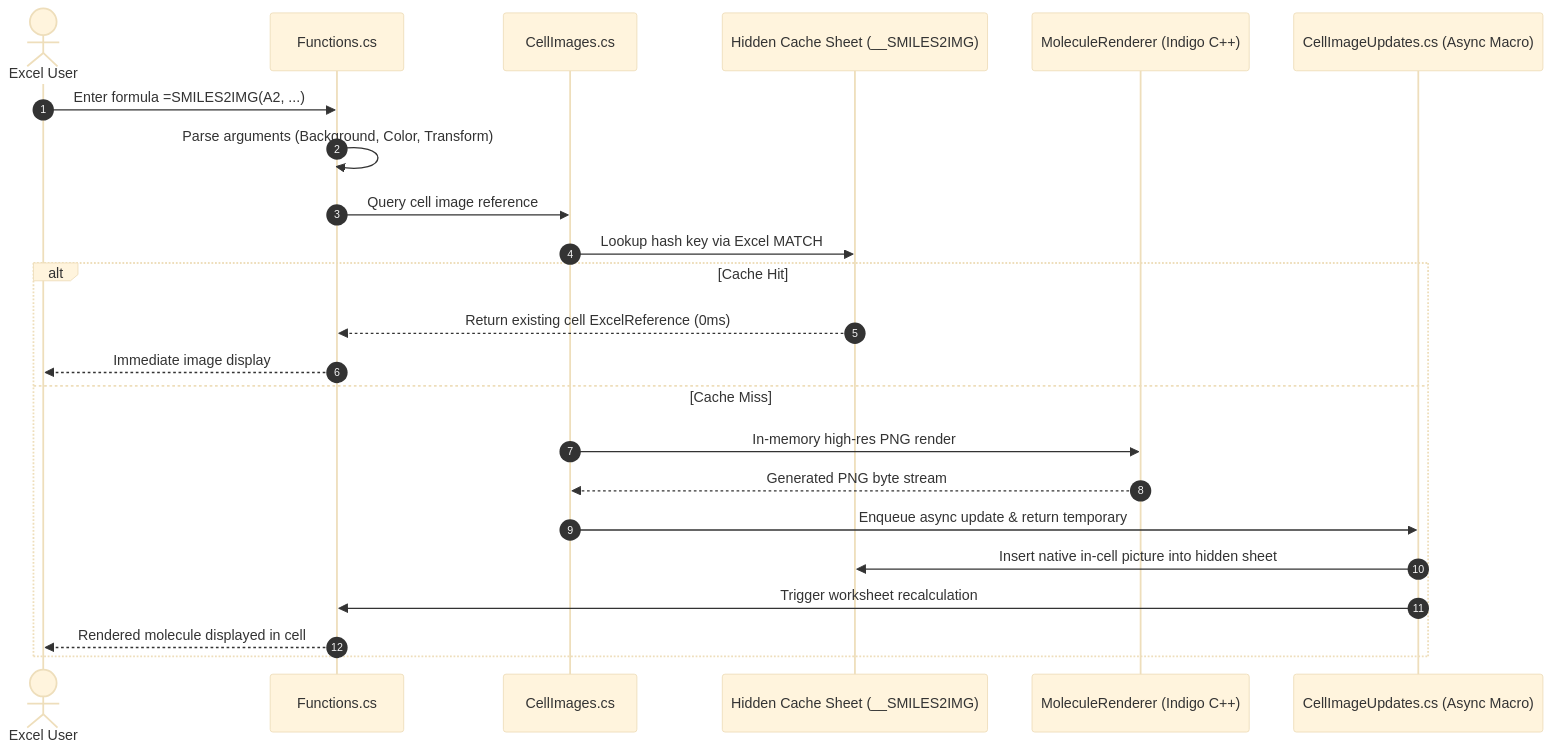
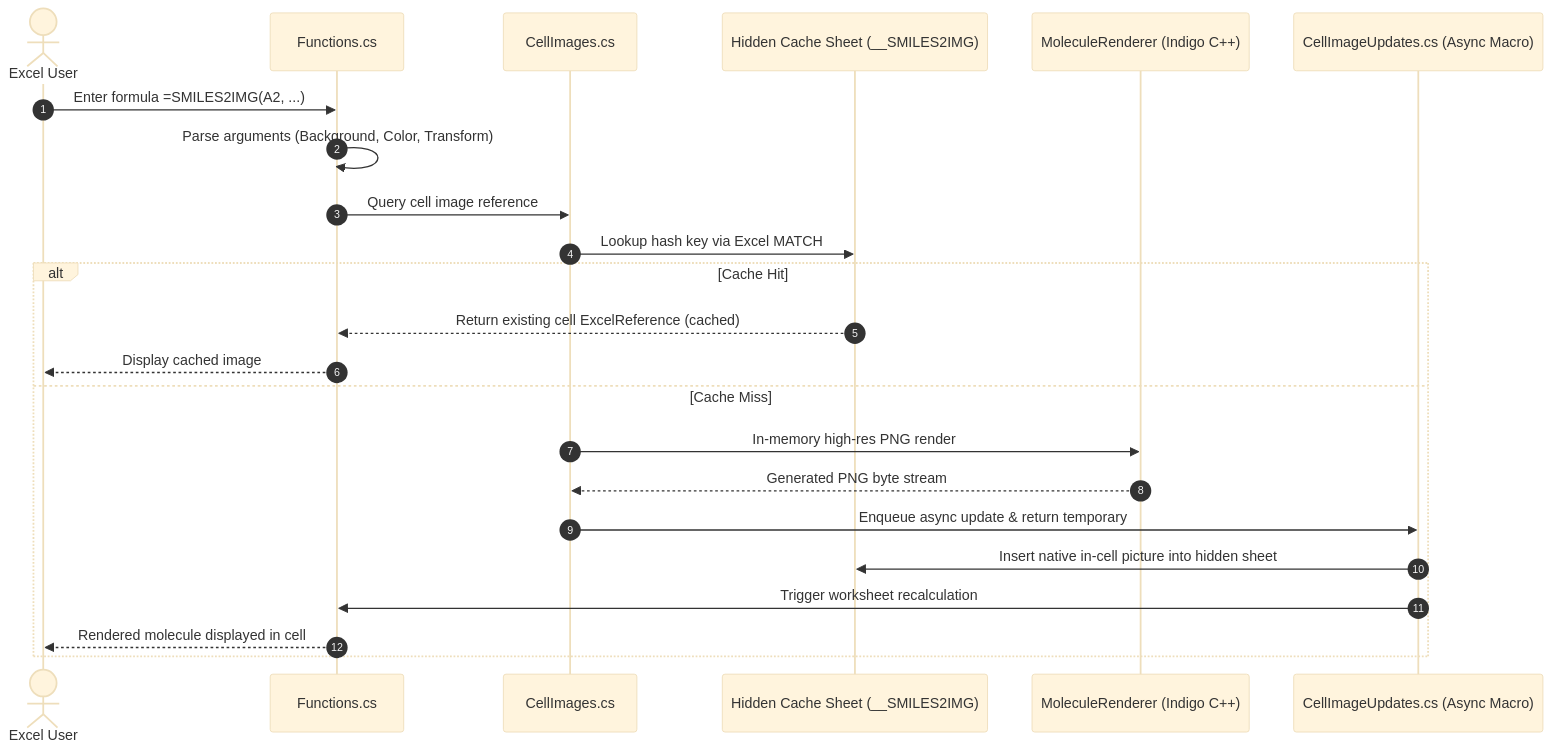
One commit to naramdash/func_SMILES2IMG changed the diagram in README.md. Above: the diagram before and after it, drawn with Mermaid (base theme). The commit also changed other lines of this file and 289 other files, not shown here.

````diff
--- a/README.md
+++ b/README.md
@@ -65,26 +64,26 @@
 ```mermaid
 sequenceDiagram
     autonumber
     actor User as Excel User
     participant F as Functions.cs
     participant C as CellImages.cs
     participant Cache as Hidden Cache Sheet (__SMILES2IMG)
     participant R as MoleculeRenderer (Indigo C++)
     participant U as CellImageUpdates.cs (Async Macro)
 
     User->>F: Enter formula =SMILES2IMG(A2, ...)
     F->>F: Parse arguments (Background, Color, Transform)
     F->>C: Query cell image reference
     C->>Cache: Lookup hash key via Excel MATCH
     alt Cache Hit
-        Cache-->>F: Return existing cell ExcelReference (0ms)
-        F-->>User: Immediate image display
+        Cache-->>F: Return existing cell ExcelReference (cached)
+        F-->>User: Display cached image
     else Cache Miss
         C->>R: In-memory high-res PNG render
         R-->>C: Generated PNG byte stream
         C->>U: Enqueue async update & return temporary #N/A
         U->>Cache: Insert native in-cell picture into hidden sheet
         U->>F: Trigger worksheet recalculation
         F-->>User: Rendered molecule displayed in cell
     end
 ```
````
